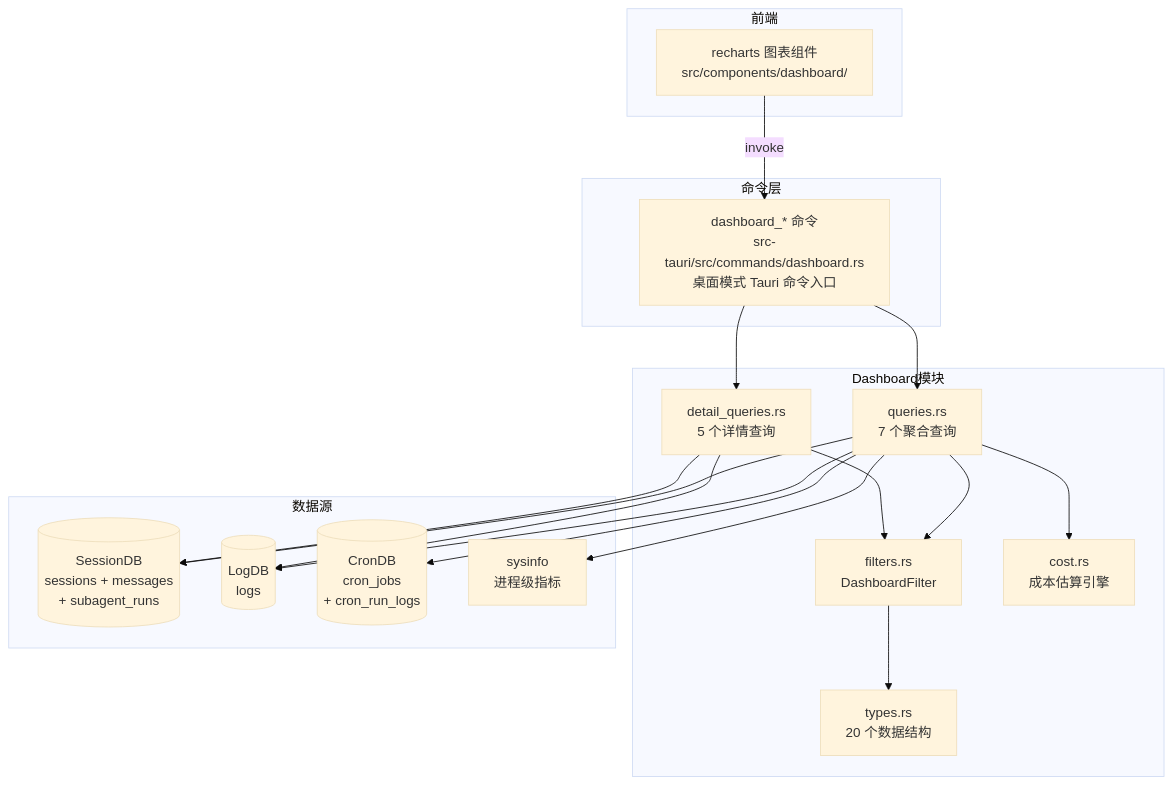
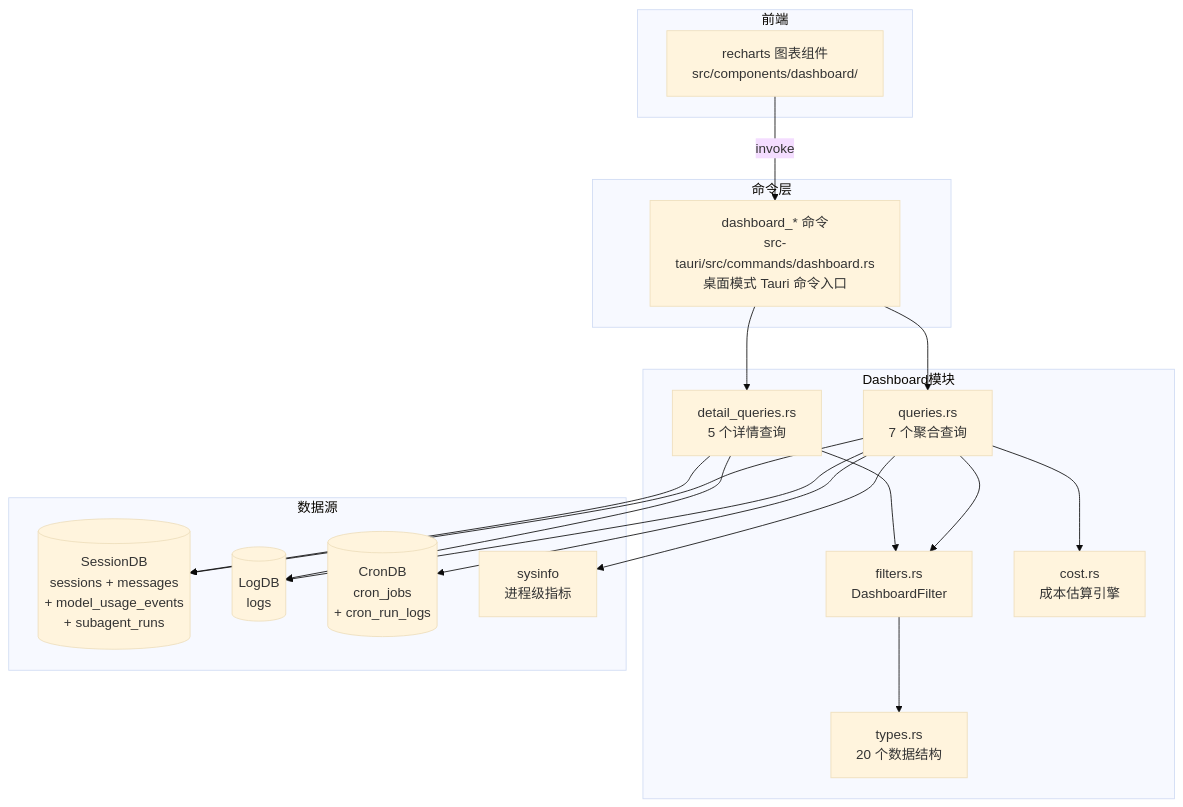
Before and after one commit to gabrielmoreira/agent-skills-mirror: the first of 3 diagrams in mirrors/repos/shiwenwen@hope-agent/docs/architecture/dashboard.md, drawn with Mermaid (base theme). The commit also changed other lines of this file and 1925 other files, not shown here.

````diff
--- a/mirrors/repos/shiwenwen@hope-agent/docs/architecture/dashboard.md
+++ b/mirrors/repos/shiwenwen@hope-agent/docs/architecture/dashboard.md
@@ -31,39 +32,39 @@
 ```mermaid
 graph TB
     subgraph 前端
         RC[recharts 图表组件<br/>src/components/dashboard/]
     end
 
     subgraph 命令层
         CMD[dashboard_* 命令<br/>src-tauri/src/commands/dashboard.rs<br/>桌面模式 Tauri 命令入口]
     end
 
     subgraph Dashboard模块
         F[filters.rs<br/>DashboardFilter]
         Q[queries.rs<br/>7 个聚合查询]
         DQ[detail_queries.rs<br/>5 个详情查询]
         C[cost.rs<br/>成本估算引擎]
         T[types.rs<br/>20 个数据结构]
     end
 
     subgraph 数据源
-        SDB[(SessionDB<br/>sessions + messages<br/>+ subagent_runs)]
+        SDB[(SessionDB<br/>sessions + messages<br/>+ model_usage_events<br/>+ subagent_runs)]
         LDB[(LogDB<br/>logs)]
         CDB[(CronDB<br/>cron_jobs<br/>+ cron_run_logs)]
         SYS[sysinfo<br/>进程级指标]
     end
 
     RC -->|invoke| CMD
     CMD --> Q
     CMD --> DQ
     Q --> F
     DQ --> F
     Q --> C
     Q --> SDB
     Q --> LDB
     Q --> CDB
     Q --> SYS
     DQ --> SDB
     DQ --> LDB
     F --> T
 ```
````
